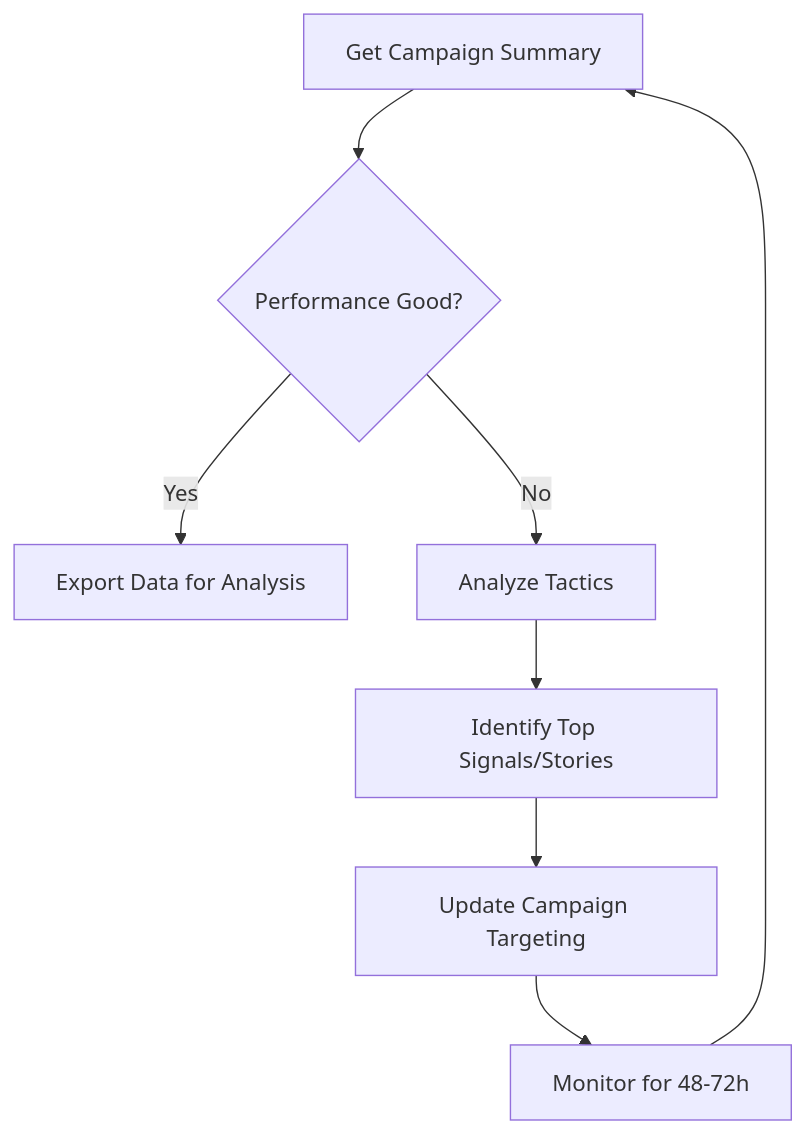
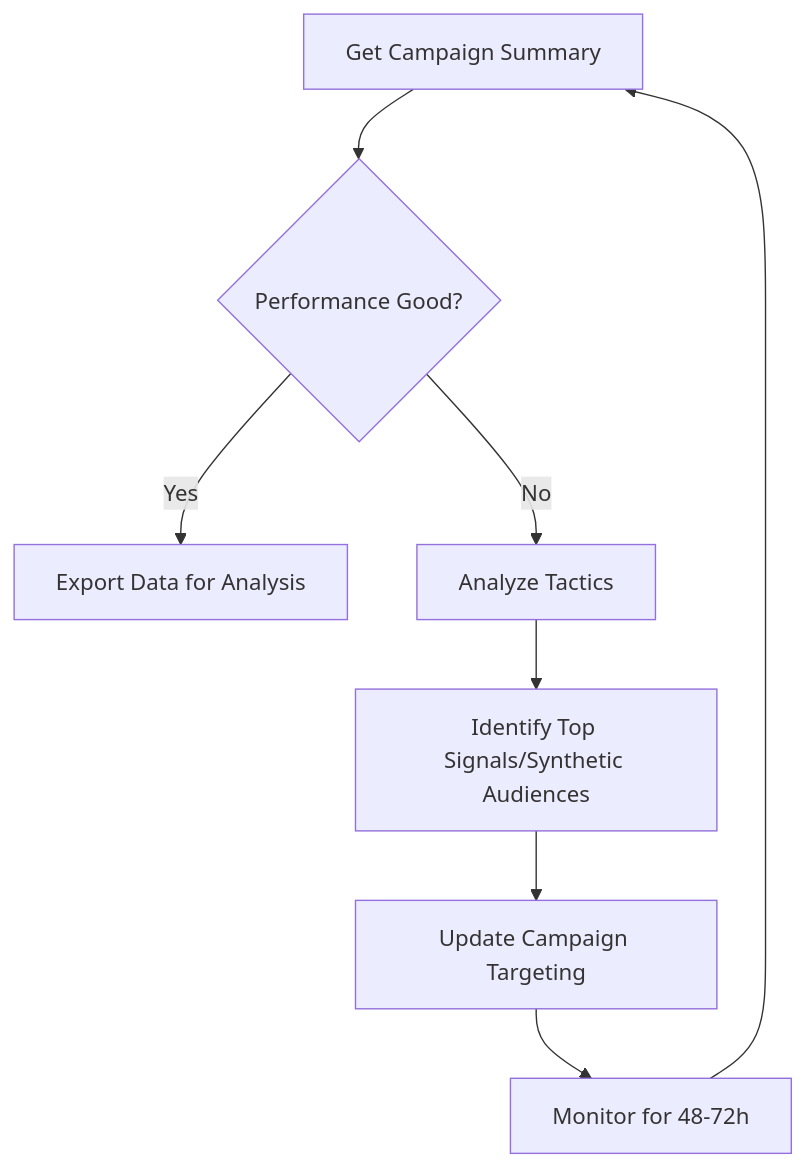
The second of 3 diagrams in mintlify/concepts.mdx (scope3data/activation-api), drawn with Mermaid before and after one commit. The commit also changed other lines of this file and 13 other files, not shown here.

````diff
--- a/mintlify/concepts.mdx
+++ b/mintlify/concepts.mdx
@@ -288,10 +288,10 @@
 ```mermaid
 graph TD
     A[Get Campaign Summary] --> B{Performance Good?}
     B -->|Yes| C[Export Data for Analysis]
     B -->|No| D[Analyze Tactics] 
-    D --> E[Identify Top Signals/Stories]
+    D --> E[Identify Top Signals/Synthetic Audiences]
     E --> F[Update Campaign Targeting]
     F --> G[Monitor for 48-72h]
     G --> A
 ```
````
